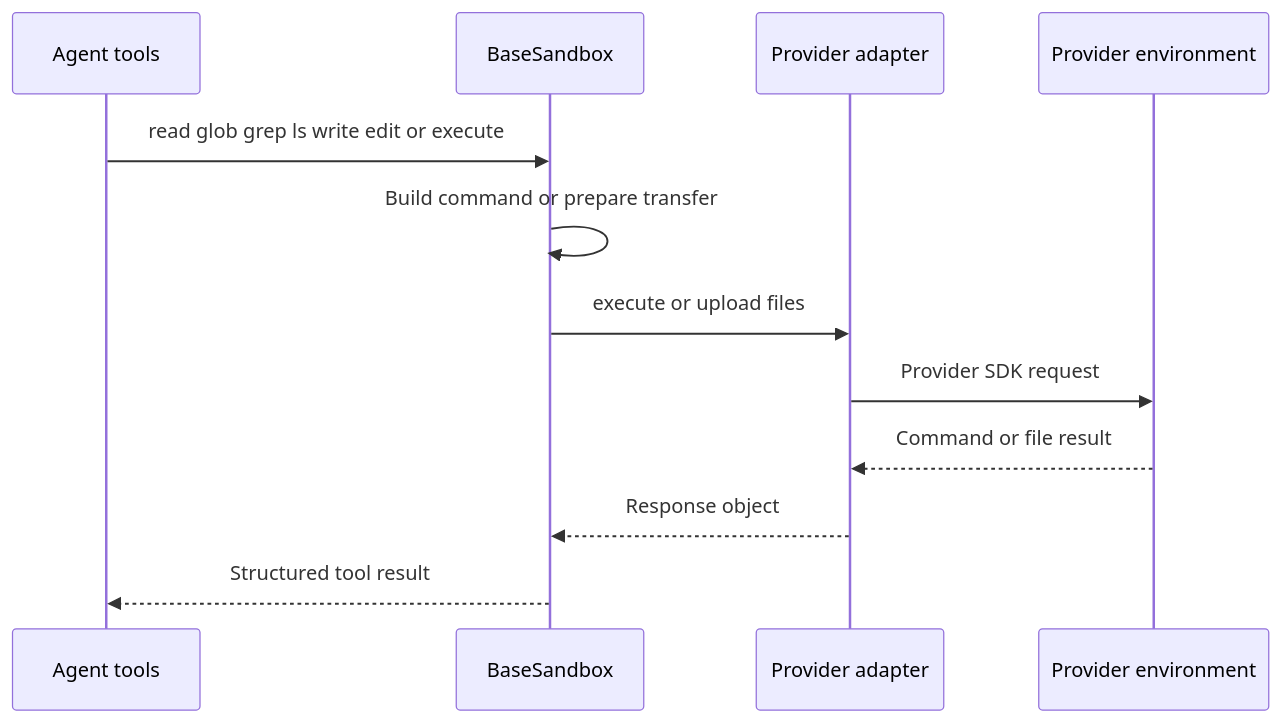
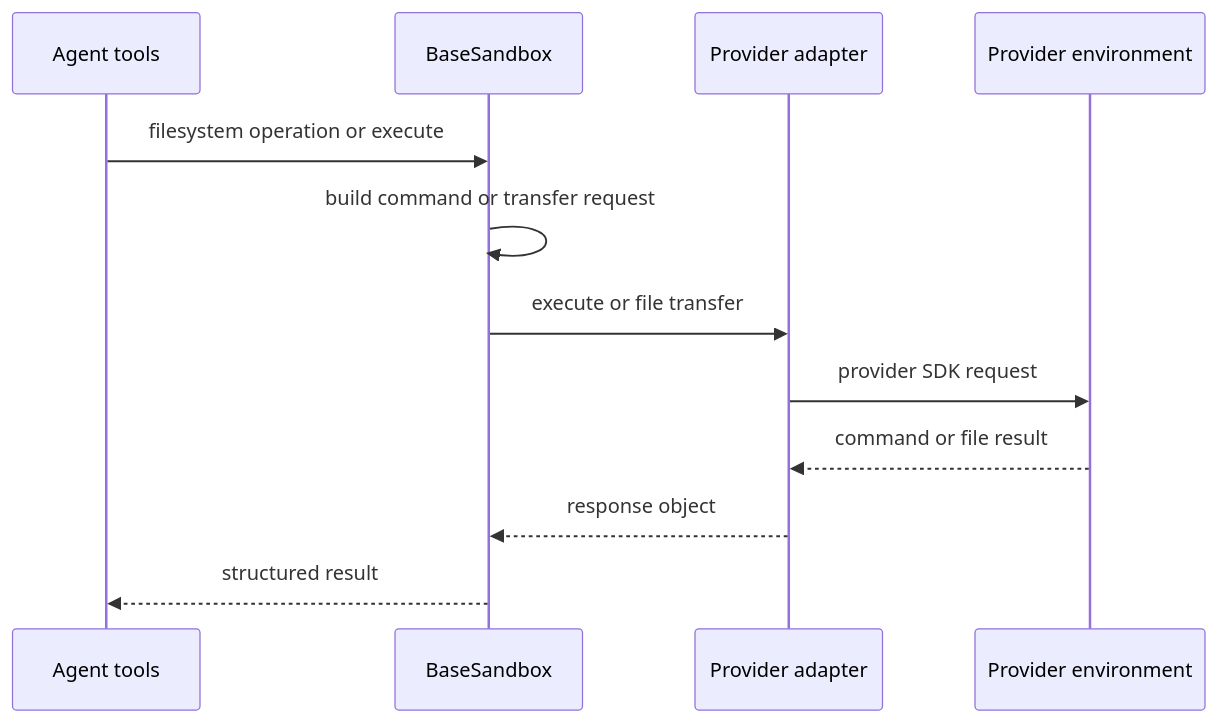
The first of 2 diagrams in openwiki/integrations/sandbox-partners.md (langchain-ai/deepagents), drawn with Mermaid before and after one commit. The commit also changed other lines of this file and 36 other files, not shown here.

````diff
--- a/openwiki/integrations/sandbox-partners.md
+++ b/openwiki/integrations/sandbox-partners.md
@@ -65,15 +65,15 @@
 ```mermaid
 sequenceDiagram
     participant Agent as Agent tools
     participant Base as BaseSandbox
     participant Adapter as Provider adapter
-    participant Environment as Provider environment
+    participant Env as Provider environment
 
-    Agent->>Base: read glob grep ls write edit or execute
-    Base->>Base: Build command or prepare transfer
-    Base->>Adapter: execute or upload files
-    Adapter->>Environment: Provider SDK request
-    Environment-->>Adapter: Command or file result
-    Adapter-->>Base: Response object
-    Base-->>Agent: Structured tool result
+    Agent->>Base: filesystem operation or execute
+    Base->>Base: build command or transfer request
+    Base->>Adapter: execute or file transfer
+    Adapter->>Env: provider SDK request
+    Env-->>Adapter: command or file result
+    Adapter-->>Base: response object
+    Base-->>Agent: structured result
 ```
````
